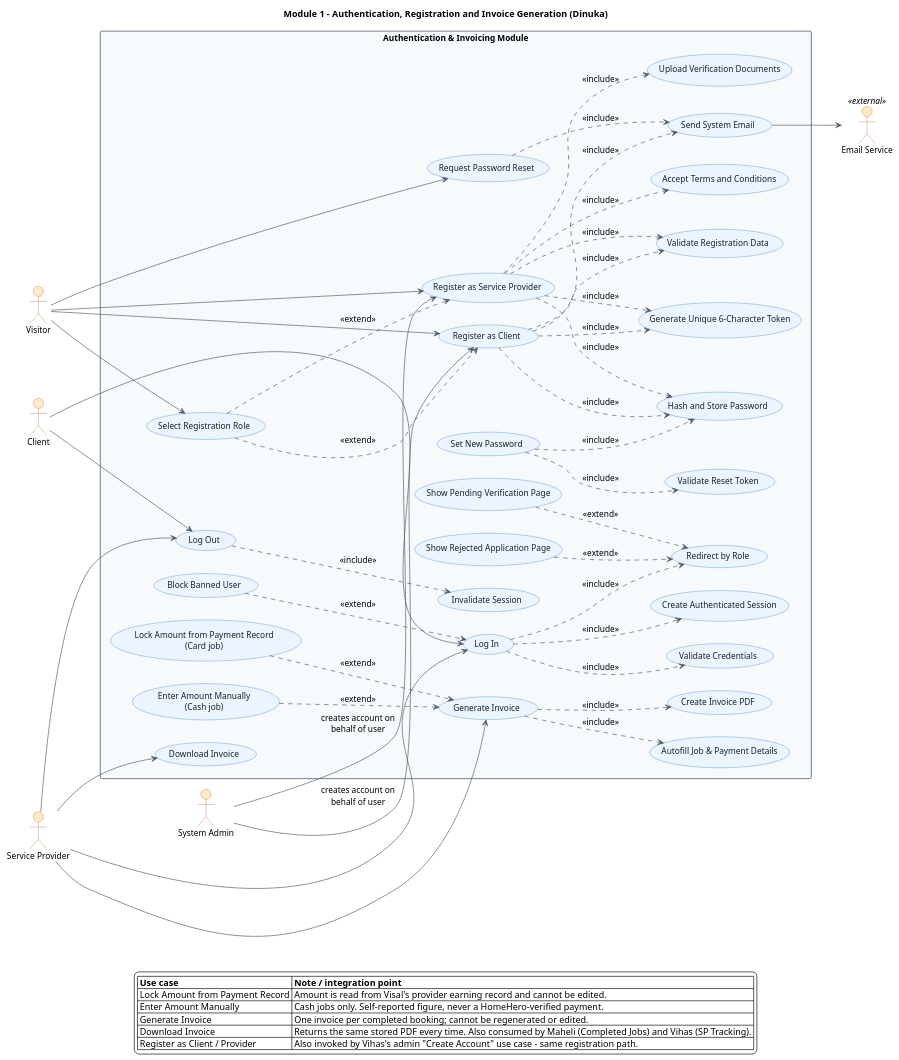
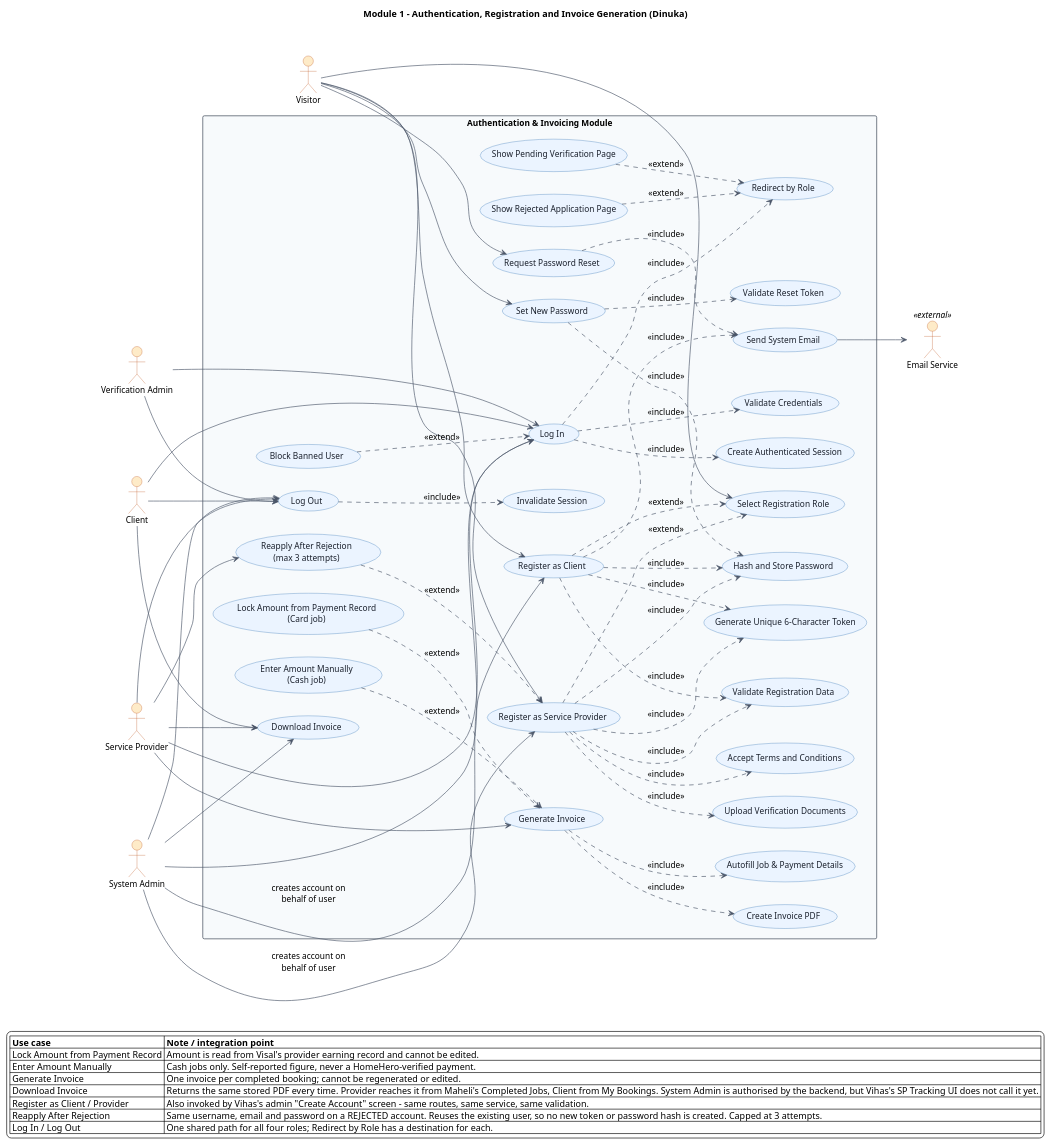
Before and after one commit to visal2057/homeHeroVersion5.0: the diagram in docs/uml/use-cases/01-dinuka-authentication-invoicing.puml, drawn with PlantUML. The commit also changed 9 other files, not shown here.

```diff
--- a/docs/uml/use-cases/01-dinuka-authentication-invoicing.puml
+++ b/docs/uml/use-cases/01-dinuka-authentication-invoicing.puml
@@ -1,131 +1,149 @@
 @startuml Module1-Authentication-Invoicing
 ' ============================================================
 ' Module 1 - Authentication, Registration & SP Invoicing
 ' Owner: Dinuka
 ' Ref: System Flow v4 - Sections 5-9, 26.2, 27
 ' ============================================================
 
 left to right direction
 skinparam backgroundColor #FFFFFF
 skinparam shadowing false
 skinparam ArrowColor #4A5568
 skinparam defaultFontName Segoe UI
 skinparam defaultFontSize 13
 skinparam usecase {
   BackgroundColor #EBF4FF
   BorderColor #2B6CB0
   FontColor #1A202C
 }
 skinparam rectangle {
   BackgroundColor #F7FAFC
   BorderColor #2D3748
   FontStyle bold
 }
 skinparam actor {
   BackgroundColor #FEEBC8
   BorderColor #C05621
 }
 
 title Module 1 - Authentication, Registration and Invoice Generation (Dinuka)
 
 actor "Visitor" as VIS
 actor "Client" as CLI
 actor "Service Provider" as SP
 actor "System Admin" as SA
+actor "Verification Admin" as VA
 actor "Email Service" as MAIL <<external>>
 
 rectangle "Authentication & Invoicing Module" {
 
   usecase "Select Registration Role" as UC1
   usecase "Register as Client" as UC2
   usecase "Register as Service Provider" as UC3
+  usecase "Reapply After Rejection\n(max 3 attempts)" as UC28
   usecase "Upload Verification Documents" as UC4
   usecase "Accept Terms and Conditions" as UC5
   usecase "Validate Registration Data" as UC6
   usecase "Generate Unique 6-Character Token" as UC7
   usecase "Hash and Store Password" as UC8
 
   usecase "Log In" as UC9
   usecase "Validate Credentials" as UC10
   usecase "Create Authenticated Session" as UC11
   usecase "Redirect by Role" as UC12
   usecase "Block Banned User" as UC13
   usecase "Show Pending Verification Page" as UC14
   usecase "Show Rejected Application Page" as UC15
   usecase "Log Out" as UC16
   usecase "Invalidate Session" as UC17
 
   usecase "Request Password Reset" as UC18
   usecase "Validate Reset Token" as UC19
   usecase "Set New Password" as UC20
 
   usecase "Generate Invoice" as UC21
   usecase "Autofill Job & Payment Details" as UC22
   usecase "Lock Amount from Payment Record\n(Card job)" as UC23
   usecase "Enter Amount Manually\n(Cash job)" as UC24
   usecase "Create Invoice PDF" as UC25
   usecase "Download Invoice" as UC26
 
   usecase "Send System Email" as UC27
 }
 
 ' --- Actor associations -------------------------------------
 VIS --> UC1
 VIS --> UC2
 VIS --> UC3
 VIS --> UC18
+VIS --> UC20
 
+' Log In / Log Out are a single path shared by every role, and Redirect by
+' Role has a destination for all four - so all four roles are actors here.
 CLI --> UC9
 CLI --> UC16
 SP  --> UC9
 SP  --> UC16
+SA  --> UC9
+SA  --> UC16
+VA  --> UC9
+VA  --> UC16
+
 SP  --> UC21
 SP  --> UC26
+CLI --> UC26
+SA  --> UC26
+SP  --> UC28
 SA  --> UC2 : creates account on\nbehalf of user
 SA  --> UC3 : creates account on\nbehalf of user
 
 UC27 --> MAIL
 
 ' --- Registration ------------------------------------------
-UC1 ..> UC2 : <<extend>>
-UC1 ..> UC3 : <<extend>>
+' Extension points into role selection: the visitor picks a role, and the
+' matching registration behaviour is what continues from that choice.
+UC2 ..> UC1 : <<extend>>
+UC3 ..> UC1 : <<extend>>
+UC28 ..> UC3 : <<extend>>
 UC2 ..> UC6 : <<include>>
 UC2 ..> UC7 : <<include>>
 UC2 ..> UC8 : <<include>>
 UC2 ..> UC27 : <<include>>
 UC3 ..> UC4 : <<include>>
 UC3 ..> UC5 : <<include>>
 UC3 ..> UC6 : <<include>>
 UC3 ..> UC7 : <<include>>
 UC3 ..> UC8 : <<include>>
 
 ' --- Login / Logout ----------------------------------------
 UC9 ..> UC10 : <<include>>
 UC9 ..> UC11 : <<include>>
 UC9 ..> UC12 : <<include>>
 UC13 ..> UC9 : <<extend>>
 UC14 ..> UC12 : <<extend>>
 UC15 ..> UC12 : <<extend>>
 UC16 ..> UC17 : <<include>>
 
 ' --- Password recovery -------------------------------------
 UC18 ..> UC27 : <<include>>
 UC20 ..> UC19 : <<include>>
 UC20 ..> UC8  : <<include>>
 
 ' --- Invoicing ---------------------------------------------
 UC21 ..> UC22 : <<include>>
 UC21 ..> UC25 : <<include>>
 UC23 ..> UC21 : <<extend>>
 UC24 ..> UC21 : <<extend>>
 
 legend bottom
   |= Use case |= Note / integration point |
   | Lock Amount from Payment Record | Amount is read from Visal's provider earning record and cannot be edited. |
   | Enter Amount Manually | Cash jobs only. Self-reported figure, never a HomeHero-verified payment. |
   | Generate Invoice | One invoice per completed booking; cannot be regenerated or edited. |
-  | Download Invoice | Returns the same stored PDF every time. Also consumed by Maheli (Completed Jobs) and Vihas (SP Tracking). |
-  | Register as Client / Provider | Also invoked by Vihas's admin "Create Account" use case - same registration path. |
+  | Download Invoice | Returns the same stored PDF every time. Provider reaches it from Maheli's Completed Jobs, Client from My Bookings. System Admin is authorised by the backend, but Vihas's SP Tracking UI does not call it yet. |
+  | Register as Client / Provider | Also invoked by Vihas's admin "Create Account" screen - same routes, same service, same validation. |
+  | Reapply After Rejection | Same username, email and password on a REJECTED account. Reuses the existing user, so no new token or password hash is created. Capped at 3 attempts. |
+  | Log In / Log Out | One shared path for all four roles; Redirect by Role has a destination for each. |
 endlegend
 
 @enduml
```
